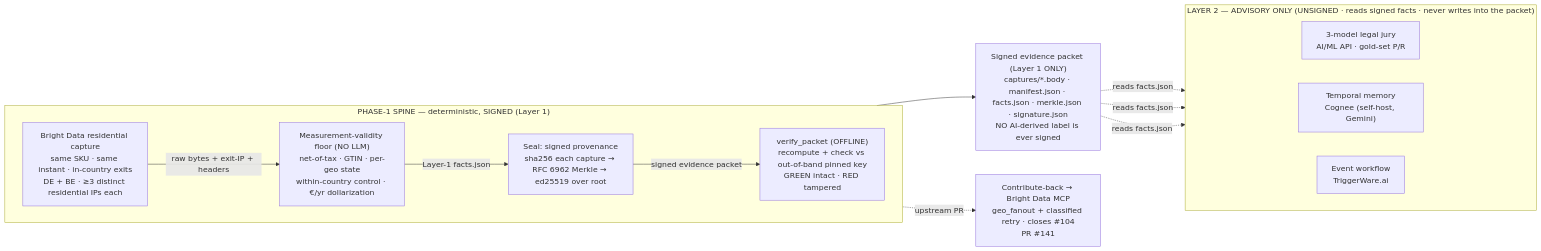
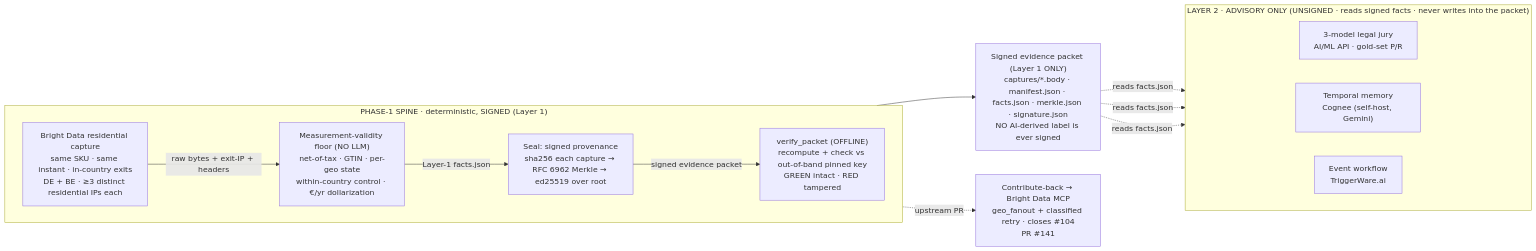
Before and after one commit to Yashash4/amber-web-provenance: the diagram in README.md, drawn with Mermaid. The commit also changed other lines of this file and 4 other files, not shown here.

First line of the commit message:
docs: plainer prose across README and diagrams; re-render cover and architecture

````diff
--- a/README.md
+++ b/README.md
@@ -197,29 +197,29 @@
 ```mermaid
 flowchart LR
-  subgraph L1["PHASE-1 SPINE — deterministic, SIGNED (Layer 1)"]
+  subgraph L1["PHASE-1 SPINE · deterministic, SIGNED (Layer 1)"]
     direction LR
     BD["Bright Data residential capture<br/>same SKU · same instant · in-country exits<br/>DE + BE · ≥3 distinct residential IPs each"]
     FLOOR["Measurement-validity floor (NO LLM)<br/>net-of-tax · GTIN · per-geo state<br/>within-country control · €/yr dollarization"]
     SEAL["Seal: signed provenance<br/>sha256 each capture → RFC 6962 Merkle → ed25519 over root"]
     VERIFY["verify_packet (OFFLINE)<br/>recompute + check vs out-of-band pinned key<br/>GREEN intact · RED tampered"]
     BD -- "raw bytes + exit-IP + headers" --> FLOOR
     FLOOR -- "Layer-1 facts.json" --> SEAL
     SEAL -- "signed evidence packet" --> VERIFY
   end
 
   PKT["Signed evidence packet (Layer 1 ONLY)<br/>captures/*.body · manifest.json · facts.json · merkle.json · signature.json<br/>NO AI-derived label is ever signed"]
   SEAL --> PKT
 
-  subgraph L2["LAYER 2 — ADVISORY ONLY (UNSIGNED · reads signed facts · never writes into the packet)"]
+  subgraph L2["LAYER 2 · ADVISORY ONLY (UNSIGNED · reads signed facts · never writes into the packet)"]
     direction LR
     JURY["3-model legal jury<br/>AI/ML API · gold-set P/R"]
     MEM["Temporal memory<br/>Cognee (self-host, Gemini)"]
     FLOW["Event workflow<br/>TriggerWare.ai"]
   end
   PKT -. "reads facts.json" .-> JURY
   PKT -. "reads facts.json" .-> MEM
   PKT -. "reads facts.json" .-> FLOW
 
   PR["Contribute-back → Bright Data MCP<br/>geo_fanout + classified retry · closes #104<br/>PR #141"]
   BD -. "upstream PR" .-> PR
 ```
````
